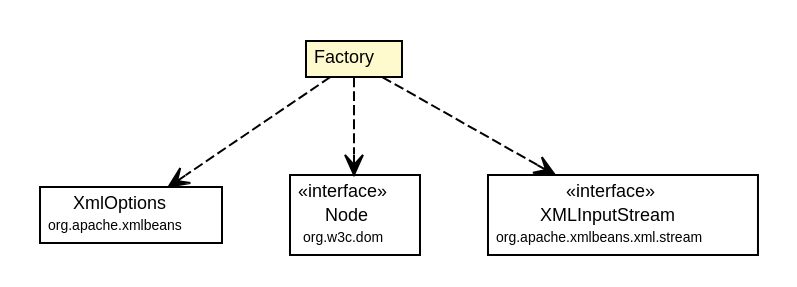
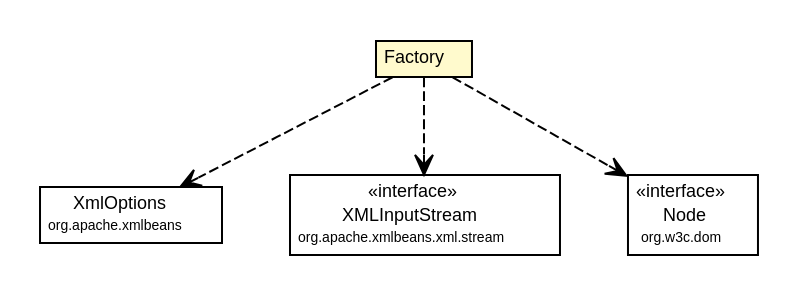
The diagram in site/apidocs/org/synchronoss/cpo/util/cpoUtilConfig/CtCpoUtilConfig.Factory.dot (synchronoss/cpo-util), drawn with Graphviz before and after one commit. The commit also changed 301 other files, not shown here.

Commit message:
Creating site for cpoUtil, 5.1.1-SNAPSHOT

```diff
--- a/site/apidocs/org/synchronoss/cpo/util/cpoUtilConfig/CtCpoUtilConfig.Factory.dot
+++ b/site/apidocs/org/synchronoss/cpo/util/cpoUtilConfig/CtCpoUtilConfig.Factory.dot
@@ -1,45 +1,45 @@
 #!/usr/local/bin/dot
 #
 # Class diagram 
 # Generated by UmlGraph version 4.6 (http://www.spinellis.gr/sw/umlgraph)
 #
 
 digraph G {
 	edge [fontname="Helvetica",fontsize=10,labelfontname="Helvetica",labelfontsize=10];
 	node [fontname="Helvetica",fontsize=10,shape=plaintext];
 	// org.synchronoss.cpo.util.cpoUtilConfig.CtCpoUtilConfig.Factory
 	c5143 [label=<<table border="0" cellborder="1" cellspacing="0" cellpadding="2" port="p" bgcolor="lemonChiffon" href="./CtCpoUtilConfig.Factory.html">
 		<tr><td><table border="0" cellspacing="0" cellpadding="1">
 			<tr><td> Factory </td></tr>
 		</table></td></tr>
 		</table>>, fontname="Helvetica", fontcolor="black", fontsize=9.0];
 	// org.synchronoss.cpo.util.cpoUtilConfig.CtCpoUtilConfig.Factory DEPEND org.apache.xmlbeans.XmlOptions
 	c5143:p -> c5154:p [taillabel="", label="", headlabel="", fontname="Helvetica", fontcolor="black", fontsize=10.0, color="black", arrowhead=open, style=dashed];
+	// org.synchronoss.cpo.util.cpoUtilConfig.CtCpoUtilConfig.Factory DEPEND org.apache.xmlbeans.xml.stream.XMLInputStream
+	c5143:p -> c5155:p [taillabel="", label="", headlabel="", fontname="Helvetica", fontcolor="black", fontsize=10.0, color="black", arrowhead=open, style=dashed];
 	// org.synchronoss.cpo.util.cpoUtilConfig.CtCpoUtilConfig.Factory DEPEND org.w3c.dom.Node
-	c5143:p -> c5155:p [taillabel="", label="", headlabel="", fontname="Helvetica", fontcolor="black", fontsize=10.0, color="black", arrowhead=open, style=dashed];
-	// org.synchronoss.cpo.util.cpoUtilConfig.CtCpoUtilConfig.Factory DEPEND org.apache.xmlbeans.xml.stream.XMLInputStream
 	c5143:p -> c5156:p [taillabel="", label="", headlabel="", fontname="Helvetica", fontcolor="black", fontsize=10.0, color="black", arrowhead=open, style=dashed];
 	// org.apache.xmlbeans.xml.stream.XMLInputStream
-	c5156 [label=<<table border="0" cellborder="1" cellspacing="0" cellpadding="2" port="p" href="http://java.sun.com/j2se/1.4.2/docs/api/org/apache/xmlbeans/xml/stream/XMLInputStream.html">
+	c5155 [label=<<table border="0" cellborder="1" cellspacing="0" cellpadding="2" port="p" href="http://java.sun.com/j2se/1.4.2/docs/api/org/apache/xmlbeans/xml/stream/XMLInputStream.html">
 		<tr><td><table border="0" cellspacing="0" cellpadding="1">
 			<tr><td> &laquo;interface&raquo; </td></tr>
 			<tr><td> XMLInputStream </td></tr>
 			<tr><td><font point-size="7.0"> org.apache.xmlbeans.xml.stream </font></td></tr>
 		</table></td></tr>
 		</table>>, fontname="Helvetica", fontcolor="black", fontsize=9.0];
 	// org.w3c.dom.Node
-	c5155 [label=<<table border="0" cellborder="1" cellspacing="0" cellpadding="2" port="p" href="http://java.sun.com/j2se/1.4.2/docs/api/org/w3c/dom/Node.html">
+	c5156 [label=<<table border="0" cellborder="1" cellspacing="0" cellpadding="2" port="p" href="http://java.sun.com/j2se/1.4.2/docs/api/org/w3c/dom/Node.html">
 		<tr><td><table border="0" cellspacing="0" cellpadding="1">
 			<tr><td> &laquo;interface&raquo; </td></tr>
 			<tr><td> Node </td></tr>
 			<tr><td><font point-size="7.0"> org.w3c.dom </font></td></tr>
 		</table></td></tr>
 		</table>>, fontname="Helvetica", fontcolor="black", fontsize=9.0];
 	// org.apache.xmlbeans.XmlOptions
 	c5154 [label=<<table border="0" cellborder="1" cellspacing="0" cellpadding="2" port="p" href="http://java.sun.com/j2se/1.4.2/docs/api/org/apache/xmlbeans/XmlOptions.html">
 		<tr><td><table border="0" cellspacing="0" cellpadding="1">
 			<tr><td> XmlOptions </td></tr>
 			<tr><td><font point-size="7.0"> org.apache.xmlbeans </font></td></tr>
 		</table></td></tr>
 		</table>>, fontname="Helvetica", fontcolor="black", fontsize=9.0];
 }
```
